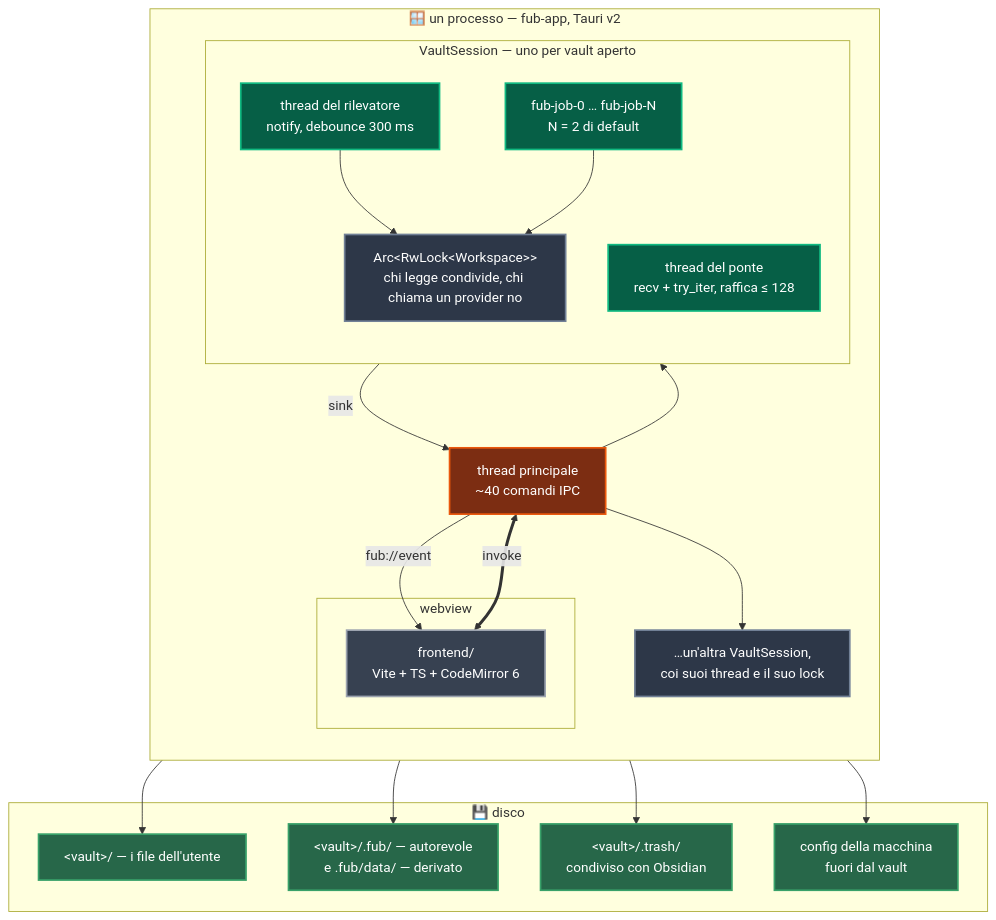
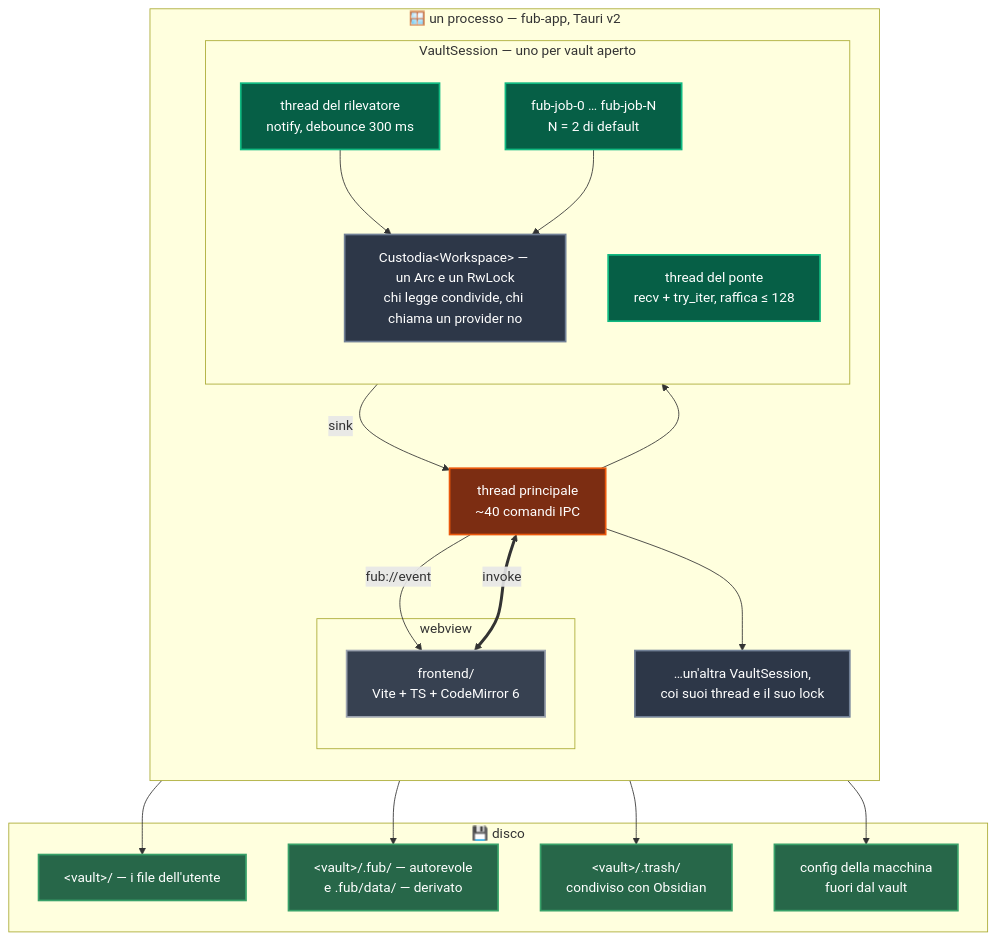
One commit to Fubeo/Fub changed the third of 3 diagrams in docs/architecture/mappa-visuale.md. Above: the diagram before and after it, drawn with Mermaid. The commit also changed other lines of this file and 39 other files, not shown here.

````diff
--- a/docs/architecture/mappa-visuale.md
+++ b/docs/architecture/mappa-visuale.md
@@ -226,44 +292,44 @@
 ```mermaid
 flowchart TB
     classDef proc  fill:#7c2d12,stroke:#ea580c,stroke-width:2px,color:#fff
     classDef ui    fill:#374151,stroke:#9ca3af,stroke-width:2px,color:#fff
     classDef core  fill:#2d3748,stroke:#718096,stroke-width:2px,color:#fff
     classDef th    fill:#065f46,stroke:#10b981,stroke-width:2px,color:#fff
     classDef disk  fill:#276749,stroke:#38a169,stroke-width:2px,color:#fff
 
     subgraph PROC ["🪟 un processo — fub-app, Tauri v2"]
         direction TB
         subgraph WV ["webview"]
             Shell["frontend/<br>Vite + TS + CodeMirror 6"]:::ui
         end
         Main["thread principale<br>~40 comandi IPC"]:::proc
 
         subgraph S1 ["VaultSession — uno per vault aperto"]
             direction TB
-            WSL["Arc&lt;RwLock&lt;Workspace&gt;&gt;<br>chi legge condivide, chi chiama un provider no"]:::core
+            WSL["Custodia&lt;Workspace&gt; — un Arc e un RwLock<br>chi legge condivide, chi chiama un provider no"]:::core
             TB1["thread del ponte<br>recv + try_iter, raffica ≤ 128"]:::th
             TW["thread del rilevatore<br>notify, debounce 300 ms"]:::th
             TJ["fub-job-0 … fub-job-N<br>N = 2 di default"]:::th
         end
         S2["…un'altra VaultSession,<br>coi suoi thread e il suo lock"]:::core
     end
 
     subgraph DISCO ["💾 disco"]
         Vault["&lt;vault&gt;/ — i file dell'utente"]:::disk
         Root["&lt;vault&gt;/.fub/ — autorevole<br>e .fub/data/ — derivato"]:::disk
         Trash["&lt;vault&gt;/.trash/<br>condiviso con Obsidian"]:::disk
         MConf["config della macchina<br>fuori dal vault"]:::disk
     end
 
     Shell <==>|"invoke"| Main
     Main -->|"fub://event"| Shell
     Main --> WSL
     TB1 -->|"sink"| Main
     TW --> WSL
     TJ --> WSL
     WSL --> Vault
     WSL --> Root
     WSL --> Trash
     Main --> MConf
     Main --> S2
 ```
````
